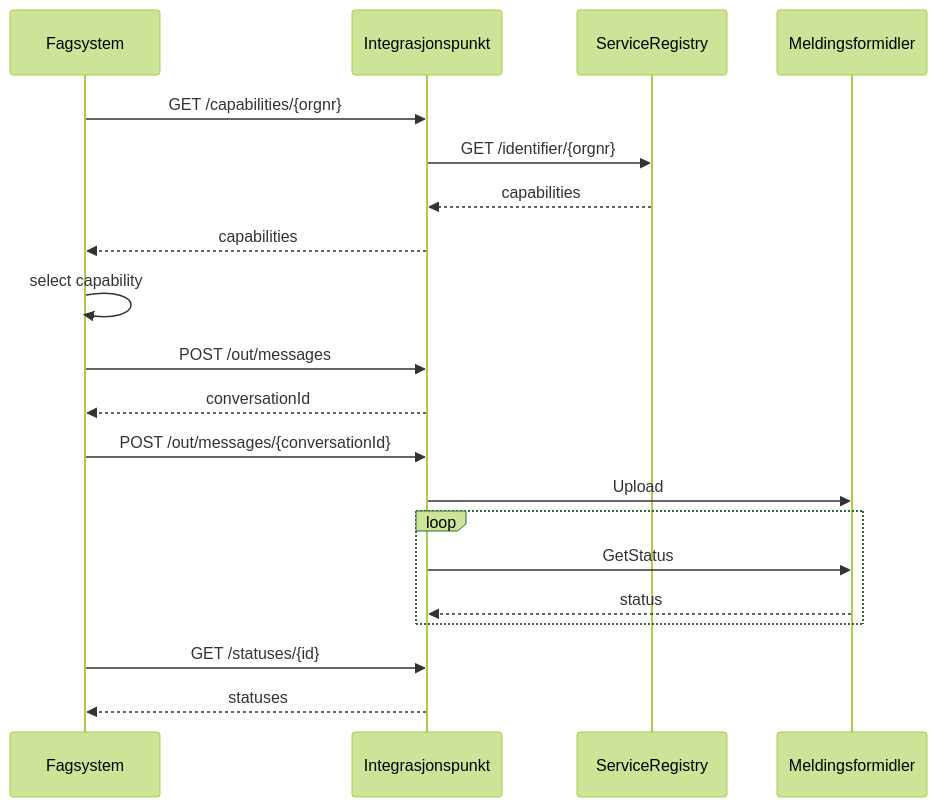
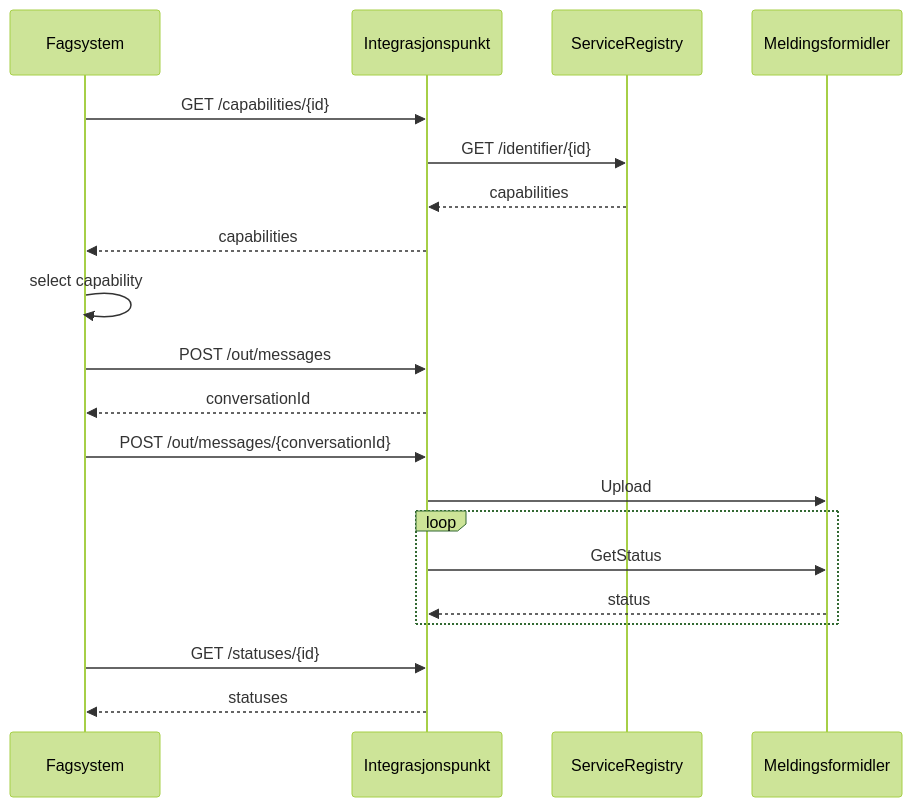
Before and after one commit to difi/eformidling: the first of 2 diagrams in pages/NextMove/meldingsflyt.md, drawn with Mermaid (forest theme). The commit also changed other lines of this file and 1 other file, not shown here.

```diff
--- a/pages/NextMove/meldingsflyt.md
+++ b/pages/NextMove/meldingsflyt.md
@@ -12,27 +12,27 @@
 <div class="mermaid">
 
 sequenceDiagram
     participant fs as Fagsystem
     participant ip as Integrasjonspunkt
     participant sr as ServiceRegistry
     participant mf  as Meldingsformidler
 
     
-    fs->>ip: GET /capabilities/{orgnr}
-    ip->>sr: GET /identifier/{orgnr}
+    fs->>ip: GET /capabilities/{id}
+    ip->>sr: GET /identifier/{id}
     sr-->>ip: capabilities
     ip-->>fs: capabilities
     fs->>fs: select capability
     fs->>ip: POST /out/messages
     ip-->>fs: conversationId
     fs->>ip: POST /out/messages/{conversationId}
     ip->>mf: Upload
     loop 
         ip->>mf: GetStatus
         mf-->>ip: status
     end
     fs->>ip: GET /statuses/{id}
     ip-->>fs: statuses
 
 
 </div>
```
